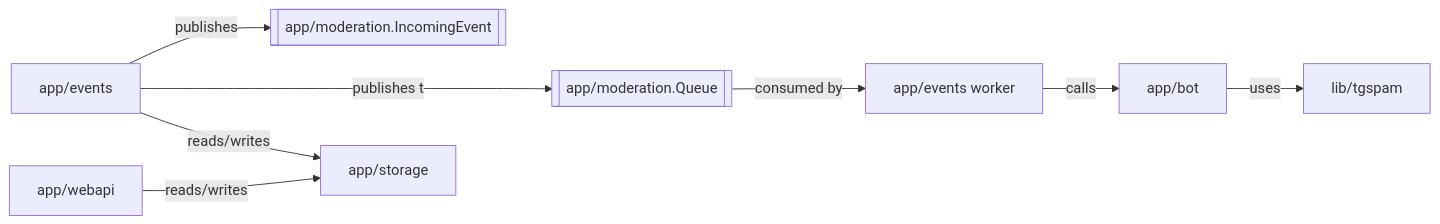
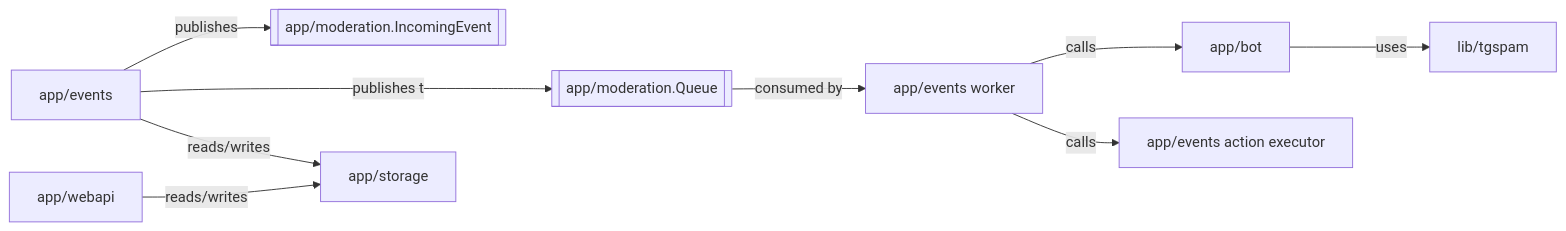
Before and after one commit to redstone-md/shield: the second of 3 diagrams in docs/Architecture.md, drawn with Mermaid. The commit also changed other lines of this file and 9 other files, not shown here.

Commit message:
refactor: extract telegram action executor

````diff
--- a/docs/Architecture.md
+++ b/docs/Architecture.md
@@ -51,19 +51,21 @@
 ```mermaid
 flowchart LR
   Gateway[app/events]
   Queue[[app/moderation.Queue]]
   Event[[app/moderation.IncomingEvent]]
   Worker[app/events worker]
   Detection[app/bot]
+  ActionExec[app/events action executor]
   DetectorLib[lib/tgspam]
   Storage[app/storage]
   WebAPI[app/webapi]
 
   Gateway --publishes--> Event
   Gateway --publishes to--> Queue
   Queue --consumed by--> Worker
   Worker --calls--> Detection
+  Worker --calls--> ActionExec
   Detection --uses--> DetectorLib
   Gateway --reads/writes--> Storage
   WebAPI --reads/writes--> Storage
 ```
````
